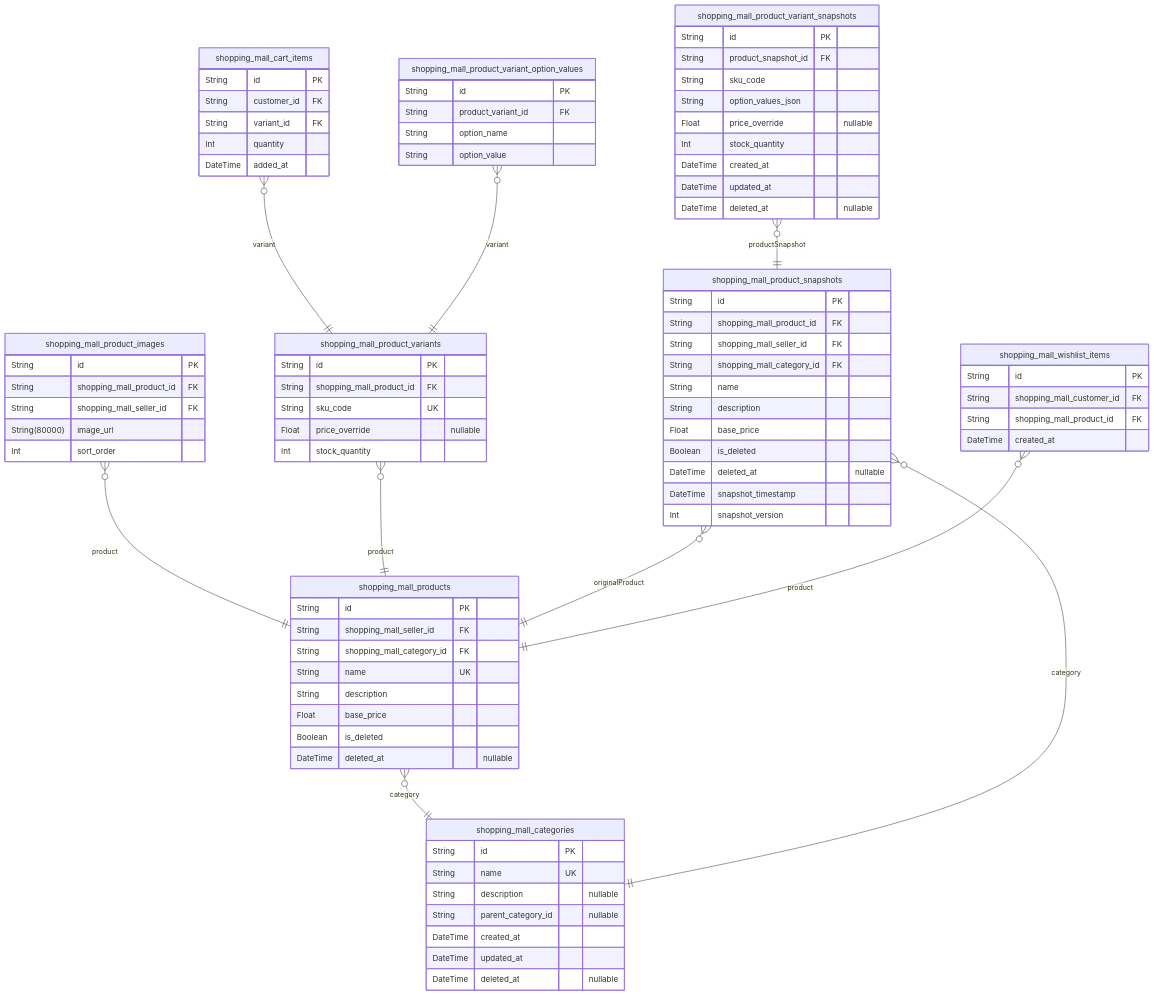
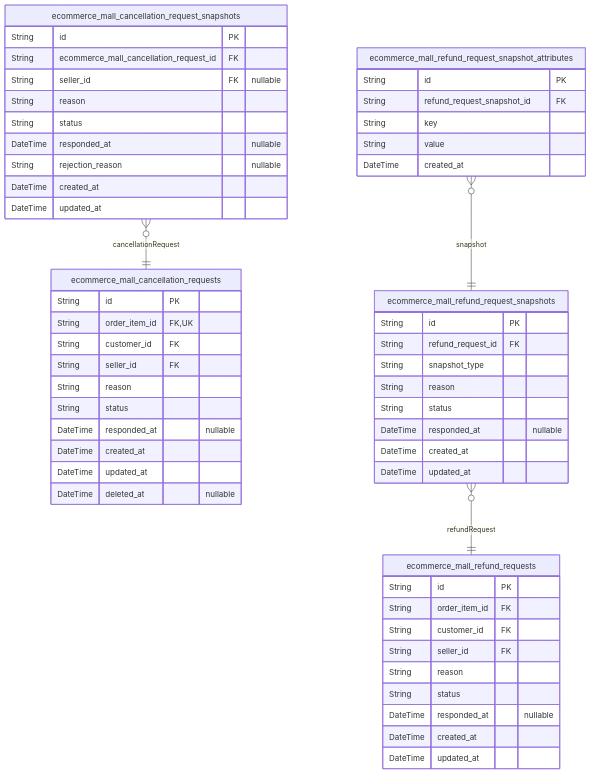
One commit to wrtnlabs/autobe-examples changed the sixth of 11 diagrams in qwen/qwen3-coder-next/shopping/docs/ERD.md. Above: the diagram before and after it, drawn with Mermaid. The commit also changed other lines of this file and 13530 other files, not shown here.

````diff
--- a/qwen/qwen3-coder-next/shopping/docs/ERD.md
+++ b/qwen/qwen3-coder-next/shopping/docs/ERD.md
@@ -1407,88 +1120,57 @@
 ```mermaid
 erDiagram
-"shopping_mall_products" {
+"ecommerce_mall_cancellation_requests" {
   String id PK
-  String shopping_mall_seller_id FK
-  String shopping_mall_category_id FK
-  String name UK
-  String description
-  Float base_price
-  Boolean is_deleted
-  DateTime deleted_at "nullable"
-}
-"shopping_mall_product_images" {
-  String id PK
-  String shopping_mall_product_id FK
-  String shopping_mall_seller_id FK
-  String(80000) image_url
-  Int sort_order
-}
-"shopping_mall_product_variants" {
-  String id PK
-  String shopping_mall_product_id FK
-  String sku_code UK
-  Float price_override "nullable"
-  Int stock_quantity
-}
-"shopping_mall_product_snapshots" {
-  String id PK
-  String shopping_mall_product_id FK
-  String shopping_mall_seller_id FK
-  String shopping_mall_category_id FK
-  String name
-  String description
-  Float base_price
-  Boolean is_deleted
-  DateTime deleted_at "nullable"
-  DateTime snapshot_timestamp
-  Int snapshot_version
-}
-"shopping_mall_product_variant_snapshots" {
-  String id PK
-  String product_snapshot_id FK
-  String sku_code
-  String option_values_json
-  Float price_override "nullable"
-  Int stock_quantity
+  String order_item_id FK,UK
+  String customer_id FK
+  String seller_id FK
+  String reason
+  String status
+  DateTime responded_at "nullable"
   DateTime created_at
   DateTime updated_at
   DateTime deleted_at "nullable"
 }
-"shopping_mall_categories" {
+"ecommerce_mall_refund_requests" {
   String id PK
-  String name UK
-  String description "nullable"
-  String parent_category_id "nullable"
+  String order_item_id FK
+  String customer_id FK
+  String seller_id FK
+  String reason
+  String status
+  DateTime responded_at "nullable"
   DateTime created_at
   DateTime updated_at
-  DateTime deleted_at "nullable"
 }
-"shopping_mall_cart_items" {
+"ecommerce_mall_cancellation_request_snapshots" {
   String id PK
-  String customer_id FK
-  String variant_id FK
-  Int quantity
-  DateTime added_at
+  String ecommerce_mall_cancellation_request_id FK
+  String seller_id FK "nullable"
+  String reason
+  String status
+  DateTime responded_at "nullable"
+  String rejection_reason "nullable"
+  DateTime created_at
+  DateTime updated_at
 }
-"shopping_mall_wishlist_items" {
+"ecommerce_mall_refund_request_snapshots" {
   String id PK
-  String shopping_mall_customer_id FK
-  String shopping_mall_product_id FK
+  String refund_request_id FK
+  String snapshot_type
+  String reason
+  String status
+  DateTime responded_at "nullable"
+  DateTime created_at
+  DateTime updated_at
+}
+"ecommerce_mall_refund_request_snapshot_attributes" {
+  String id PK
+  String refund_request_snapshot_id FK
+  String key
+  String value
   DateTime created_at
 }
-"shopping_mall_product_variant_option_values" {
-  String id PK
-  String product_variant_id FK
-  String option_name
-  String option_value
-}
-"shopping_mall_products" }o--|| "shopping_mall_categories" : category
-"shopping_mall_product_images" }o--|| "shopping_mall_products" : product
-"shopping_mall_product_variants" }o--|| "shopping_mall_products" : product
-"shopping_mall_product_snapshots" }o--|| "shopping_mall_products" : originalProduct
-"shopping_mall_product_snapshots" }o--|| "shopping_mall_categories" : category
-"shopping_mall_product_variant_snapshots" }o--|| "shopping_mall_product_snapshots" : productSnapshot
-"shopping_mall_cart_items" }o--|| "shopping_mall_product_variants" : variant
-"shopping_mall_wishlist_items" }o--|| "shopping_mall_products" : product
-"shopping_mall_product_variant_option_values" }o--|| "shopping_mall_product_variants" : variant
+"ecommerce_mall_cancellation_request_snapshots" }o--|| "ecommerce_mall_cancellation_requests" : cancellationRequest
+"ecommerce_mall_refund_request_snapshots" }o--|| "ecommerce_mall_refund_requests" : refundRequest
+"ecommerce_mall_refund_request_snapshot_attributes" }o--|| "ecommerce_mall_refund_request_snapshots" : snapshot
 ```
````
